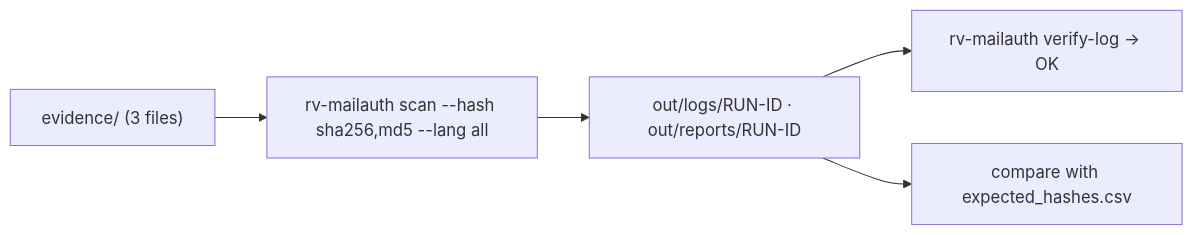
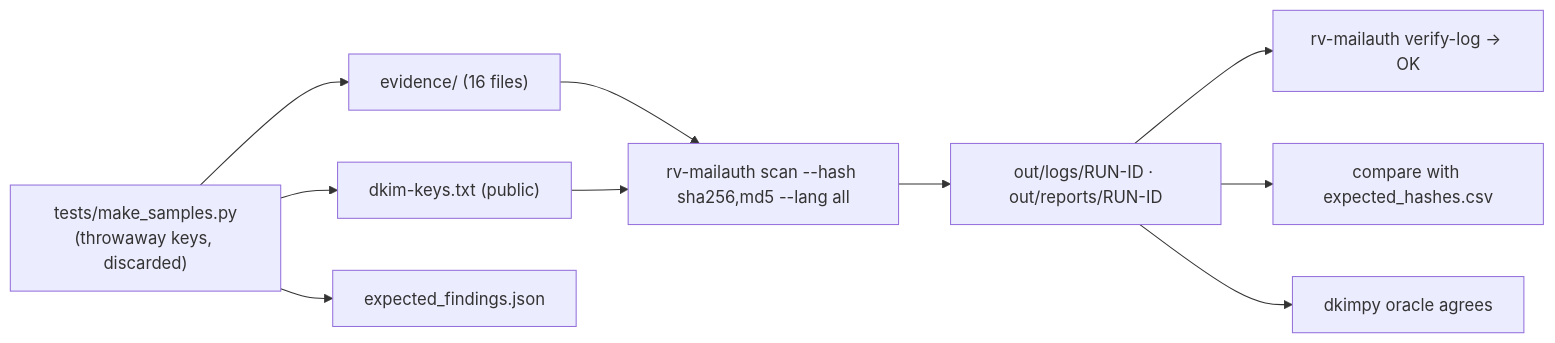
The diagram in examples/README.md (Panacota96/rv-mailauth), drawn with Mermaid before and after one commit. The commit also changed other lines of this file and 40 other files, not shown here.

First line of the commit message:
test(core): synthetic email samples, expected findings, dkimpy oracle and fuzzing

````diff
--- a/examples/README.md
+++ b/examples/README.md
@@ -14,7 +34,10 @@
 ```mermaid
 flowchart LR
-    E["evidence/ (3 files)"] --> S["rv-mailauth scan --hash sha256,md5 --lang all"]
+    G["tests/make_samples.py<br/>(throwaway keys, discarded)"] --> E["evidence/ (16 files)"] & K["dkim-keys.txt (public)"] & X["expected_findings.json"]
+    E --> S["rv-mailauth scan --hash sha256,md5 --lang all"]
+    K --> S
     S --> O["out/logs/RUN-ID · out/reports/RUN-ID"]
     O --> V["rv-mailauth verify-log → OK"]
     O --> C["compare with expected_hashes.csv"]
+    O --> D["dkimpy oracle agrees"]
 ```
````
